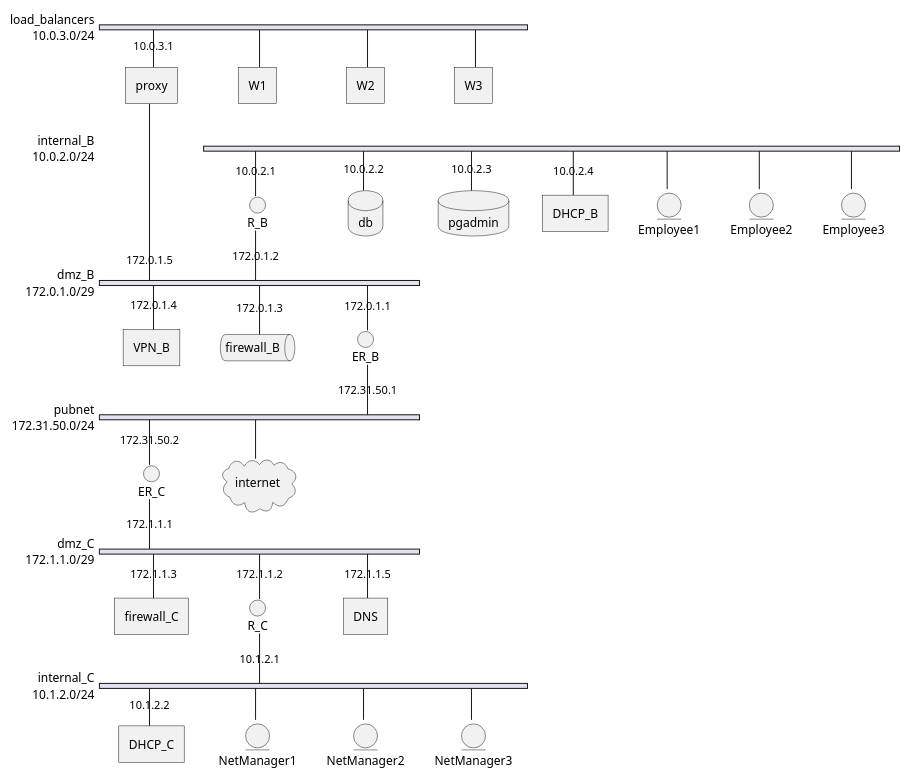
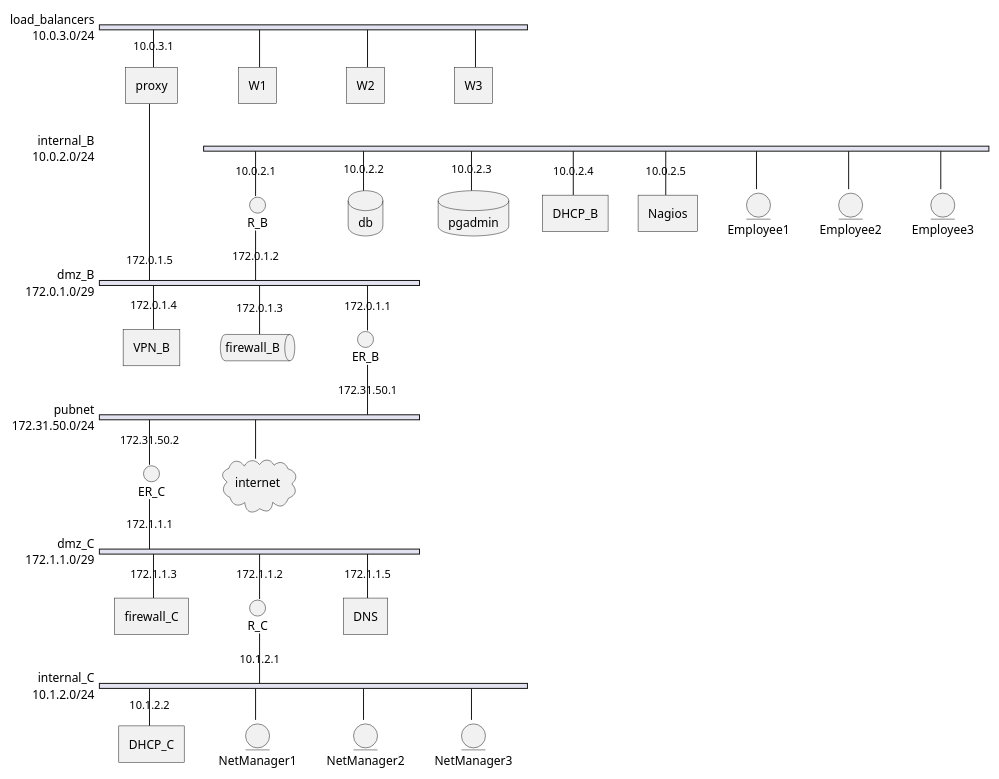
The diagram in proj/docs/grs.puml (joaolucasmartins/grs2022), drawn with PlantUML before and after one commit. The commit also changed 3 other files, not shown here.

Commit message:
Update: plantuml and Nagios IP address.

```diff
--- a/proj/docs/grs.puml
+++ b/proj/docs/grs.puml
@@ -1,56 +1,57 @@
 @startuml
 
 nwdiag {
   network load_balancers {
     address = "10.0.3.0/24";
     proxy[address = "10.0.3.1"];
     W1;
     W2;
     W3;
   }
 
   network internal_B {
     address = "10.0.2.0/24";
     R_B [shape = interface, address="10.0.2.1"]
     db [shape = database, address = "10.0.2.2"];
     pgadmin [shape = database, address = "10.0.2.3"];
     DHCP_B [shape = rectangle, address = "10.0.2.4"];
+    Nagios [shape = rectangle, address = "10.0.2.5"];
     Employee1 [shape = entity]
     Employee2 [shape = entity]
     Employee3 [shape = entity]
   }
 
   network dmz_B {
     address = "172.0.1.0/29";
     proxy [shape = rectangle, address="172.0.1.5"];
     VPN_B [shape = rectangle, address="172.0.1.4"]
     firewall_B [shape = queue, address="172.0.1.3"];
     ER_B [shape = interface, address="172.0.1.1"];
     R_B [shape = interface, address="172.0.1.2"];
   }
 
   network pubnet {
     address = "172.31.50.0/24";
     ER_B [shape = interface, address="172.31.50.1"];
     ER_C [shape = interface, address="172.31.50.2"];
     internet [shape = cloud];
   }
 
   network dmz_C {
     address = "172.1.1.0/29";
     ER_C [shape = interface, address="172.1.1.1"]
     firewall_C [shape = queu, address="172.1.1.3"]
     R_C [shape = interfac, address="172.1.1.2"]
     DNS [shape = rectangl, address="172.1.1.5"]
   }
 
   network internal_C {
     address = "10.1.2.0/24";
     R_C [shape = interface, address="10.1.2.1"]
     DHCP_C [shape = rectangle, address="10.1.2.2"];
     NetManager1 [shape = entity]
     NetManager2 [shape = entity]
     NetManager3 [shape = entity]
   }
 }
 @enduml
```
